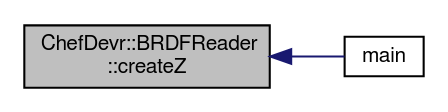
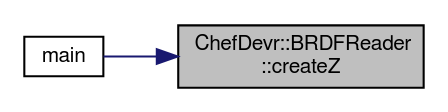
One commit to bsella/BRDF3000 changed the diagram in docs/class_chef_devr_1_1_b_r_d_f_reader_ad3f37fef9fc8e8c11800b2d18f77f14c_icgraph.dot. Above: the diagram before and after it, drawn with Graphviz. The commit also changed 236 other files, not shown here.

```diff
--- a/docs/class_chef_devr_1_1_b_r_d_f_reader_ad3f37fef9fc8e8c11800b2d18f77f14c_icgraph.dot
+++ b/docs/class_chef_devr_1_1_b_r_d_f_reader_ad3f37fef9fc8e8c11800b2d18f77f14c_icgraph.dot
@@ -1,9 +1,10 @@
 digraph "ChefDevr::BRDFReader::createZ"
 {
+ // LATEX_PDF_SIZE
   edge [fontname="FreeSans",fontsize="10",labelfontname="FreeSans",labelfontsize="10"];
   node [fontname="FreeSans",fontsize="10",shape=record];
-  rankdir="LR";
-  Node1 [label="ChefDevr::BRDFReader\l::createZ",height=0.2,width=0.4,color="black", fillcolor="grey75", style="filled", fontcolor="black"];
-  Node1 -> Node2 [dir="back",color="midnightblue",fontsize="10",style="solid",fontname="FreeSans"];
-  Node2 [label="main",height=0.2,width=0.4,color="black", fillcolor="white", style="filled",URL="$main_8cpp.html#a65775db3214ebf9820e76bf61629231f"];
+  rankdir="RL";
+  Node8 [label="ChefDevr::BRDFReader\l::createZ",height=0.2,width=0.4,color="black", fillcolor="grey75", style="filled", fontcolor="black",tooltip="Read all the BRDFs stored in a given directory."];
+  Node8 -> Node9 [dir="back",color="midnightblue",fontsize="10",style="solid",fontname="FreeSans"];
+  Node9 [label="main",height=0.2,width=0.4,color="black", fillcolor="white", style="filled",URL="$main_8cpp.html#a65775db3214ebf9820e76bf61629231f",tooltip=" "];
 }
```
